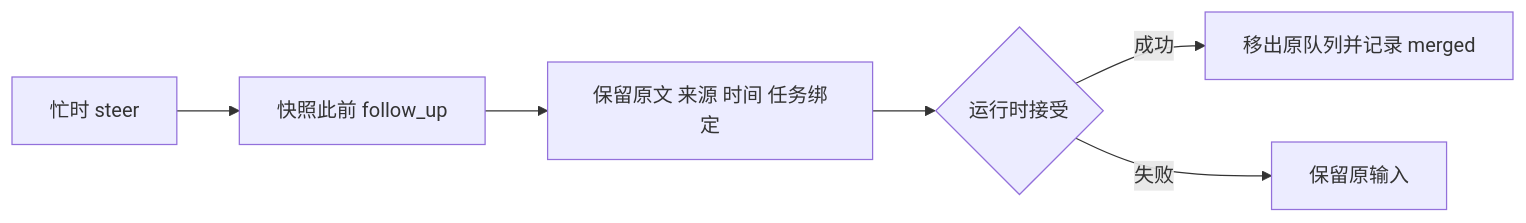
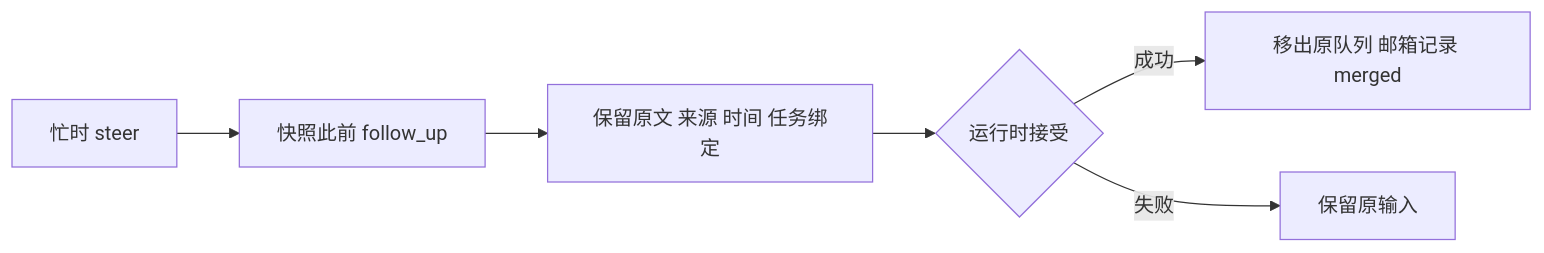
Before and after one commit to openJiuwen-ai/agent-core: the diagram in .agents/agent-docs/features/F_20261116_1653_steer-follow-up-context.md, drawn with Mermaid. The commit also changed other lines of this file and 29 other files, not shown here.

````diff
--- a/.agents/agent-docs/features/F_20261116_1653_steer-follow-up-context.md
+++ b/.agents/agent-docs/features/F_20261116_1653_steer-follow-up-context.md
@@ -42,8 +40,8 @@
 ```mermaid
 flowchart LR
  A[忙时 steer] --> B[快照此前 follow_up]
  B --> C[保留原文 来源 时间 任务绑定]
  C --> D{运行时接受}
- D -->|成功| E[移出原队列并记录 merged]
+ D -->|成功| E[移出原队列 邮箱记录 merged]
  D -->|失败| F[保留原输入]
 ```
````
